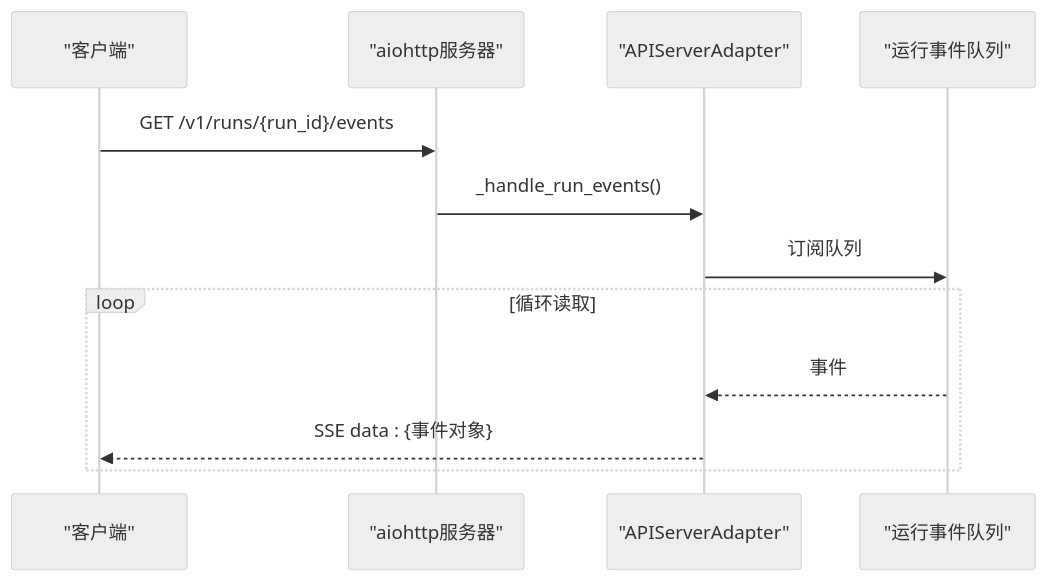
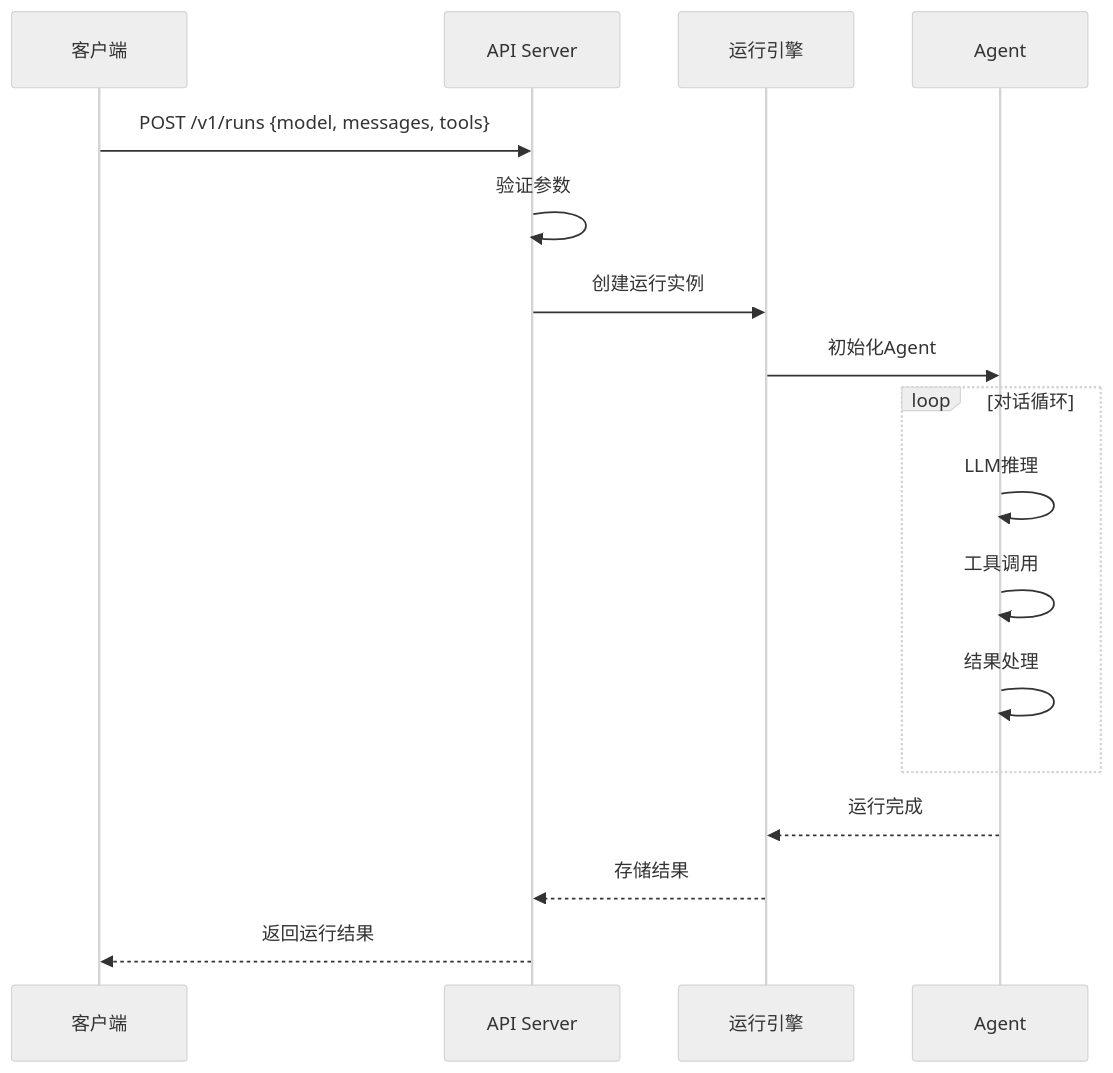
The second of 2 diagrams in .qoder/repowiki/zh/content/API参考/RESTful API/运行管理API.md (YueDJ/SpaikiiDesktop), drawn with Mermaid (neutral theme) before and after one commit. The commit also changed other lines of this file and 249 other files, not shown here.

````diff
--- a/.qoder/repowiki/zh/content/API参考/RESTful API/运行管理API.md
+++ b/.qoder/repowiki/zh/content/API参考/RESTful API/运行管理API.md
@@ -150,14 +49,19 @@
 ```mermaid
 sequenceDiagram
-participant C as "客户端"
-participant S as "aiohttp服务器"
-participant A as "APIServerAdapter"
-participant Q as "运行事件队列"
-C->>S : GET /v1/runs/{run_id}/events
-S->>A : _handle_run_events()
-A->>Q : 订阅队列
-loop 循环读取
-Q-->>A : 事件
-A-->>C : SSE data : {事件对象}
-end
+    participant C as 客户端
+    participant API as API Server
+    participant R as 运行引擎
+    participant A as Agent
+    C->>API: POST /v1/runs {model, messages, tools}
+    API->>API: 验证参数
+    API->>R: 创建运行实例
+    R->>A: 初始化Agent
+    loop 对话循环
+        A->>A: LLM推理
+        A->>A: 工具调用
+        A->>A: 结果处理
+    end
+    A-->>R: 运行完成
+    R-->>API: 存储结果
+    API-->>C: 返回运行结果
 ```
````
